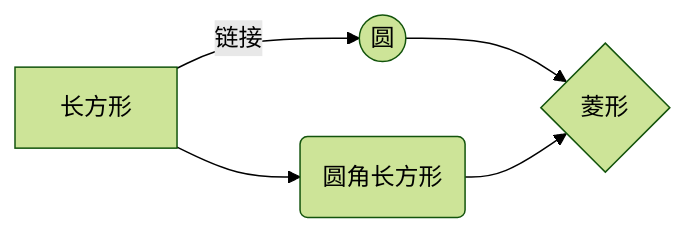
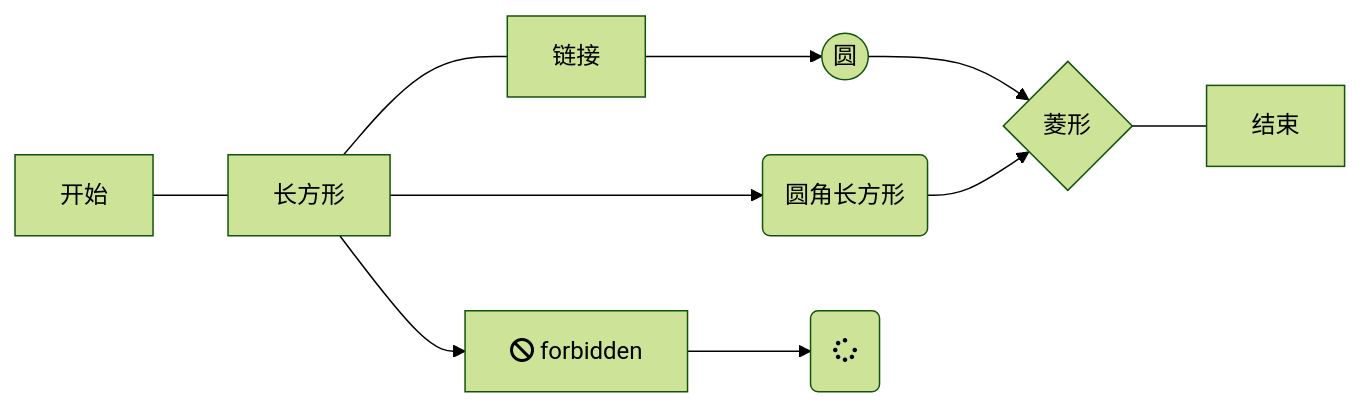
Before and after one commit to zhangfangshuai/blog: the third of 4 diagrams in docs/Help/markdown.md, drawn with Mermaid (forest theme). The commit also changed other lines of this file and 33 other files, not shown here.

````diff
--- a/docs/Help/markdown.md
+++ b/docs/Help/markdown.md
@@ -137,7 +272,11 @@
 ```mermaid
 graph LR
-A[长方形] -- 链接 --> B((圆))
-A --> C(圆角长方形)
-B --> D{菱形}
-C --> D
+    O[开始] --- A
+    A[长方形] --- 链接 --> B((圆))
+    A --> C(圆角长方形)
+    B --> D{菱形}
+    C --> D
+    A --> E[fa:fa-ban forbidden]
+    E --> F(fa:fa-spinner)
+    D --- G[结束]
 ```
````
